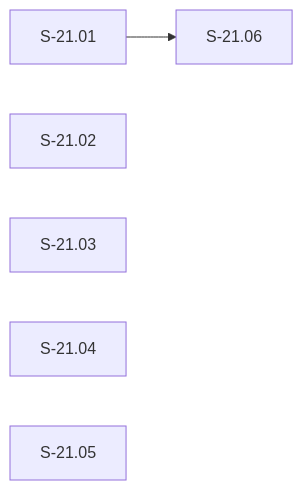
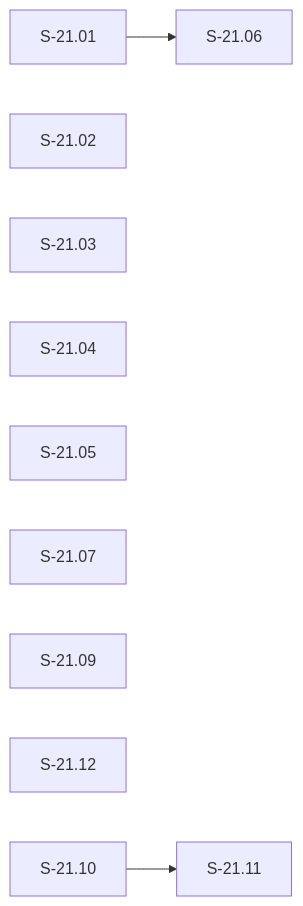
One commit to drbothen/vsdd-factory changed the diagram in stories/epics/E-21-factory-state-data-loss-hardening.md. Above: the diagram before and after it, drawn with Mermaid. The commit also changed other lines of this file and 17 other files, not shown here.

````diff
--- a/stories/epics/E-21-factory-state-data-loss-hardening.md
+++ b/stories/epics/E-21-factory-state-data-loss-hardening.md
@@ -212,9 +243,13 @@
 ```mermaid
 graph LR
   S-21.01
   S-21.02
   S-21.03
   S-21.04
   S-21.05
+  S-21.07
+  S-21.09
+  S-21.12
   S-21.01 --> S-21.06
+  S-21.10 --> S-21.11
 ```
````
